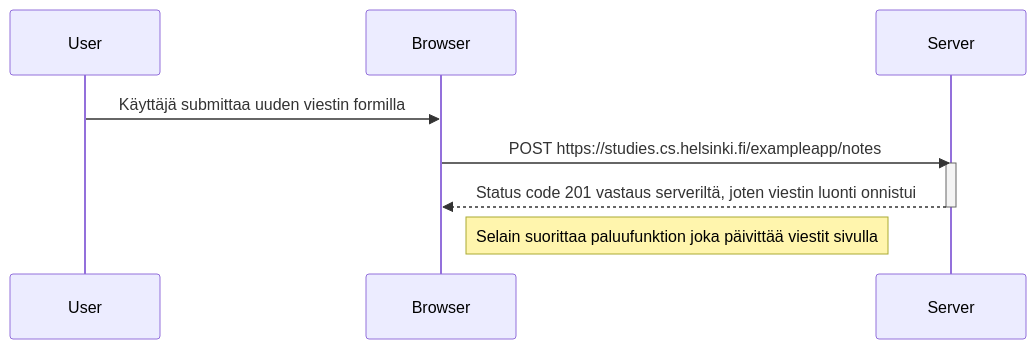
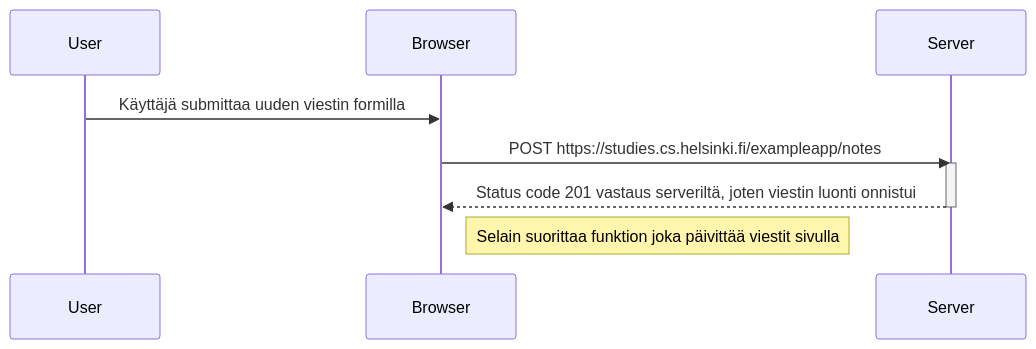
Before and after one commit to JoonasKemppainen/full-stack-open: the diagram in osa0/osa0_6.md, drawn with Mermaid. The commit also changed 2 other files, not shown here.

Commit message:
osa0 valmiit

````diff
--- a/osa0/osa0_6.md
+++ b/osa0/osa0_6.md
@@ -1,9 +1,9 @@
 ```mermaid
 sequenceDiagram
 User ->> Browser: Käyttäjä submittaa uuden viestin formilla
 Browser ->> Server: POST https://studies.cs.helsinki.fi/exampleapp/notes
     activate Server
 Server -->> Browser: Status code 201 vastaus serveriltä, joten viestin luonti onnistui
     deactivate Server
-Note right of Browser: Selain suorittaa paluufunktion joka päivittää viestit sivulla
+Note right of Browser: Selain suorittaa funktion joka päivittää viestit sivulla
 ```
````
